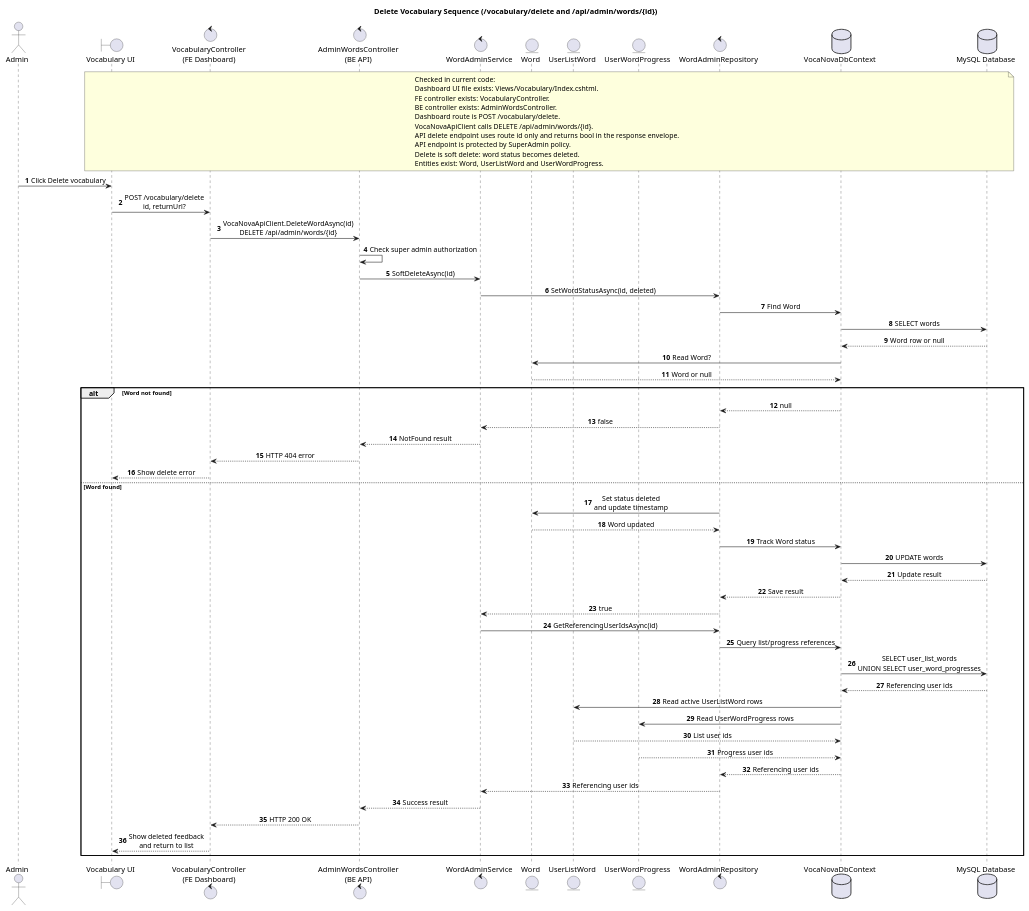
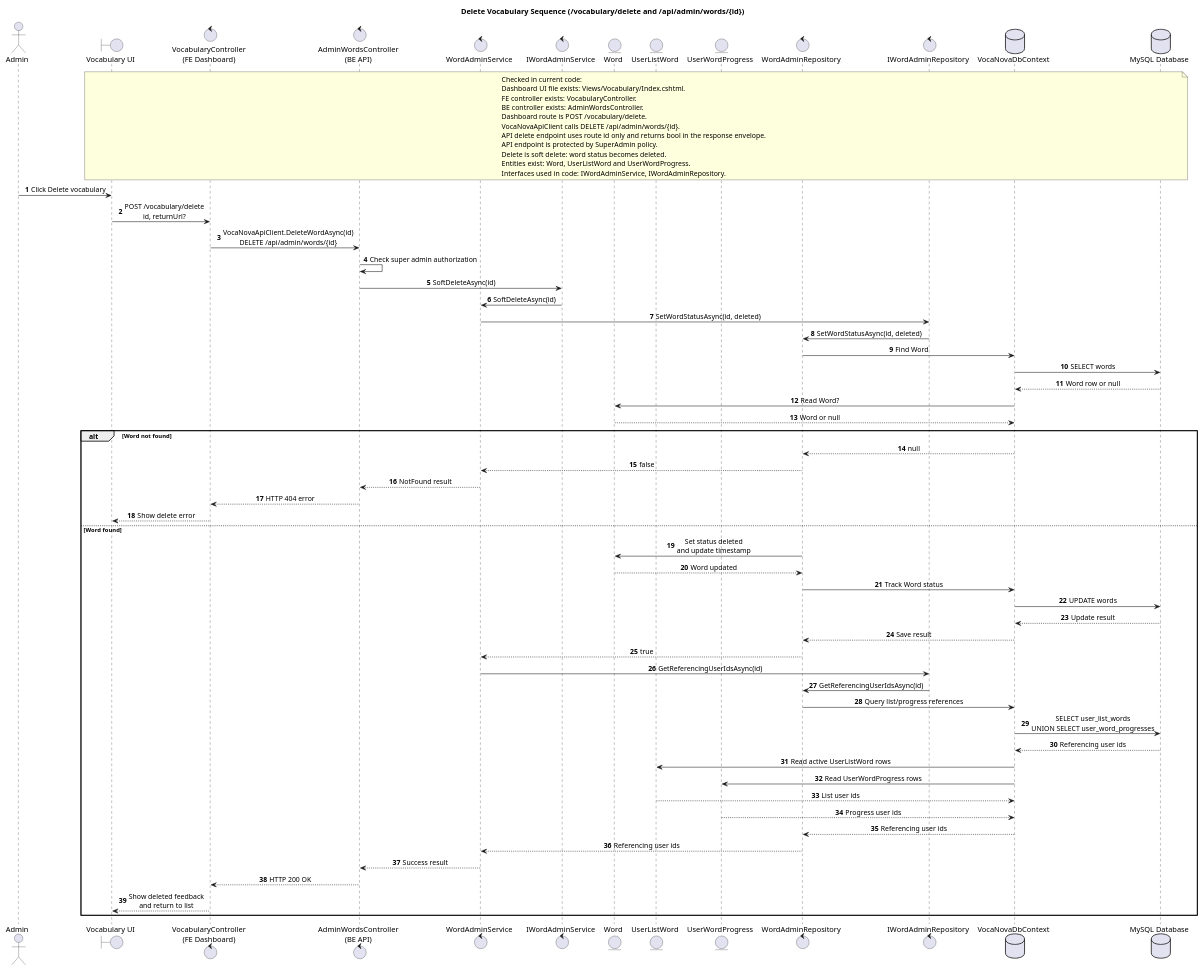
One commit to thisIsCenx04/VocaNova changed the diagram in docs/diagrams/admin-delete-vocabulary-sequence.puml. Above: the diagram before and after it, drawn with PlantUML. The commit also changed 117 other files, not shown here.

```diff
--- a/docs/diagrams/admin-delete-vocabulary-sequence.puml
+++ b/docs/diagrams/admin-delete-vocabulary-sequence.puml
@@ -1,76 +1,82 @@
 @startuml
 title Delete Vocabulary Sequence (/vocabulary/delete and /api/admin/words/{id})
 
 autonumber
 skinparam responseMessageBelowArrow true
 skinparam sequenceMessageAlign center
 
 actor Admin
 boundary "Vocabulary UI" as VocabularyUi
 control "VocabularyController\n(FE Dashboard)" as FeController
 control "AdminWordsController\n(BE API)" as BeController
 control "WordAdminService" as WordService
+control "IWordAdminService" as IWordAdminService
 entity "Word" as WordEntity
 entity "UserListWord" as UserListWordEntity
 entity "UserWordProgress" as UserWordProgressEntity
 control "WordAdminRepository" as WordRepository
+control "IWordAdminRepository" as IWordAdminRepository
 database "VocaNovaDbContext" as DbContext
 database "MySQL Database" as MySQL
 
 note over VocabularyUi, MySQL
 Checked in current code:
 Dashboard UI file exists: Views/Vocabulary/Index.cshtml.
 FE controller exists: VocabularyController.
 BE controller exists: AdminWordsController.
 Dashboard route is POST /vocabulary/delete.
 VocaNovaApiClient calls DELETE /api/admin/words/{id}.
 API delete endpoint uses route id only and returns bool in the response envelope.
 API endpoint is protected by SuperAdmin policy.
 Delete is soft delete: word status becomes deleted.
 Entities exist: Word, UserListWord and UserWordProgress.
+Interfaces used in code: IWordAdminService, IWordAdminRepository.
 end note
 
 Admin -> VocabularyUi: Click Delete vocabulary
 VocabularyUi -> FeController: POST /vocabulary/delete\nid, returnUrl?
 FeController -> BeController: VocaNovaApiClient.DeleteWordAsync(id)\nDELETE /api/admin/words/{id}
 BeController -> BeController: Check super admin authorization
-BeController -> WordService: SoftDeleteAsync(id)
-WordService -> WordRepository: SetWordStatusAsync(id, deleted)
+BeController -> IWordAdminService: SoftDeleteAsync(id)
+IWordAdminService -> WordService: SoftDeleteAsync(id)
+WordService -> IWordAdminRepository: SetWordStatusAsync(id, deleted)
+IWordAdminRepository -> WordRepository: SetWordStatusAsync(id, deleted)
 WordRepository -> DbContext: Find Word
 DbContext -> MySQL: SELECT words
 MySQL --> DbContext: Word row or null
 DbContext -> WordEntity: Read Word?
 WordEntity --> DbContext: Word or null
 
 alt Word not found
     DbContext --> WordRepository: null
     WordRepository --> WordService: false
     WordService --> BeController: NotFound result
     BeController --> FeController: HTTP 404 error
     FeController --> VocabularyUi: Show delete error
 else Word found
     WordRepository -> WordEntity: Set status deleted\nand update timestamp
     WordEntity --> WordRepository: Word updated
     WordRepository -> DbContext: Track Word status
     DbContext -> MySQL: UPDATE words
     MySQL --> DbContext: Update result
     DbContext --> WordRepository: Save result
     WordRepository --> WordService: true
 
-    WordService -> WordRepository: GetReferencingUserIdsAsync(id)
+    WordService -> IWordAdminRepository: GetReferencingUserIdsAsync(id)
+    IWordAdminRepository -> WordRepository: GetReferencingUserIdsAsync(id)
     WordRepository -> DbContext: Query list/progress references
     DbContext -> MySQL: SELECT user_list_words\nUNION SELECT user_word_progresses
     MySQL --> DbContext: Referencing user ids
     DbContext -> UserListWordEntity: Read active UserListWord rows
     DbContext -> UserWordProgressEntity: Read UserWordProgress rows
     UserListWordEntity --> DbContext: List user ids
     UserWordProgressEntity --> DbContext: Progress user ids
     DbContext --> WordRepository: Referencing user ids
     WordRepository --> WordService: Referencing user ids
 
     WordService --> BeController: Success result
     BeController --> FeController: HTTP 200 OK
     FeController --> VocabularyUi: Show deleted feedback\nand return to list
 end
 
 @enduml
```
